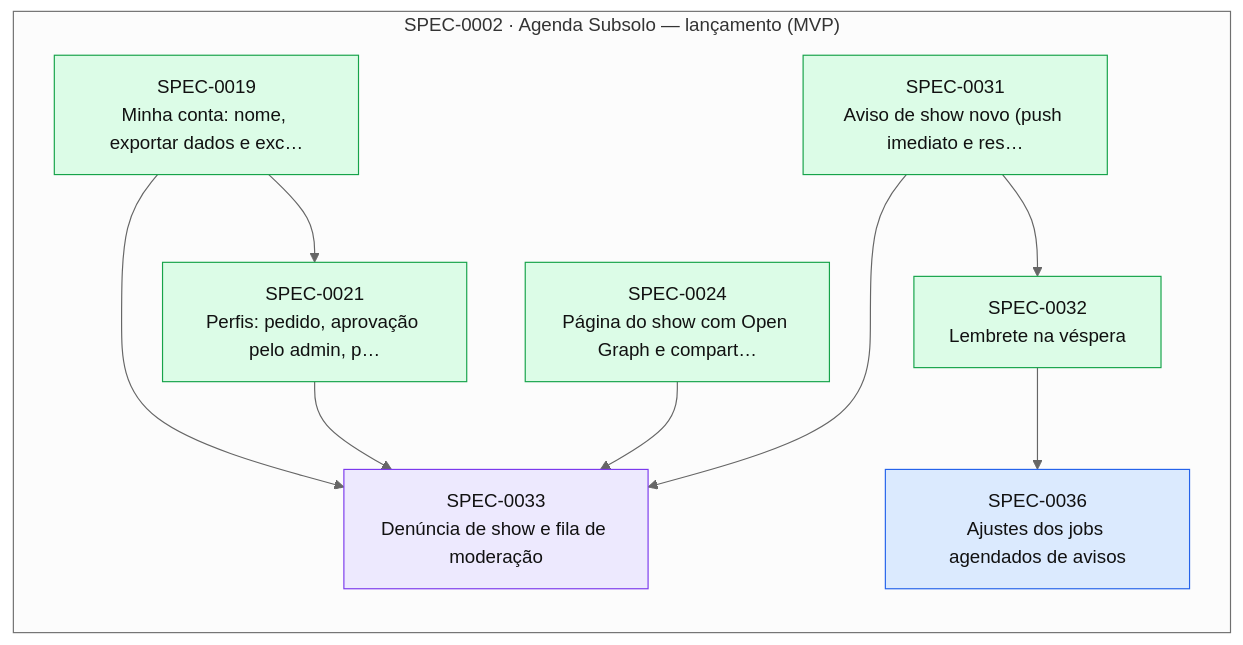
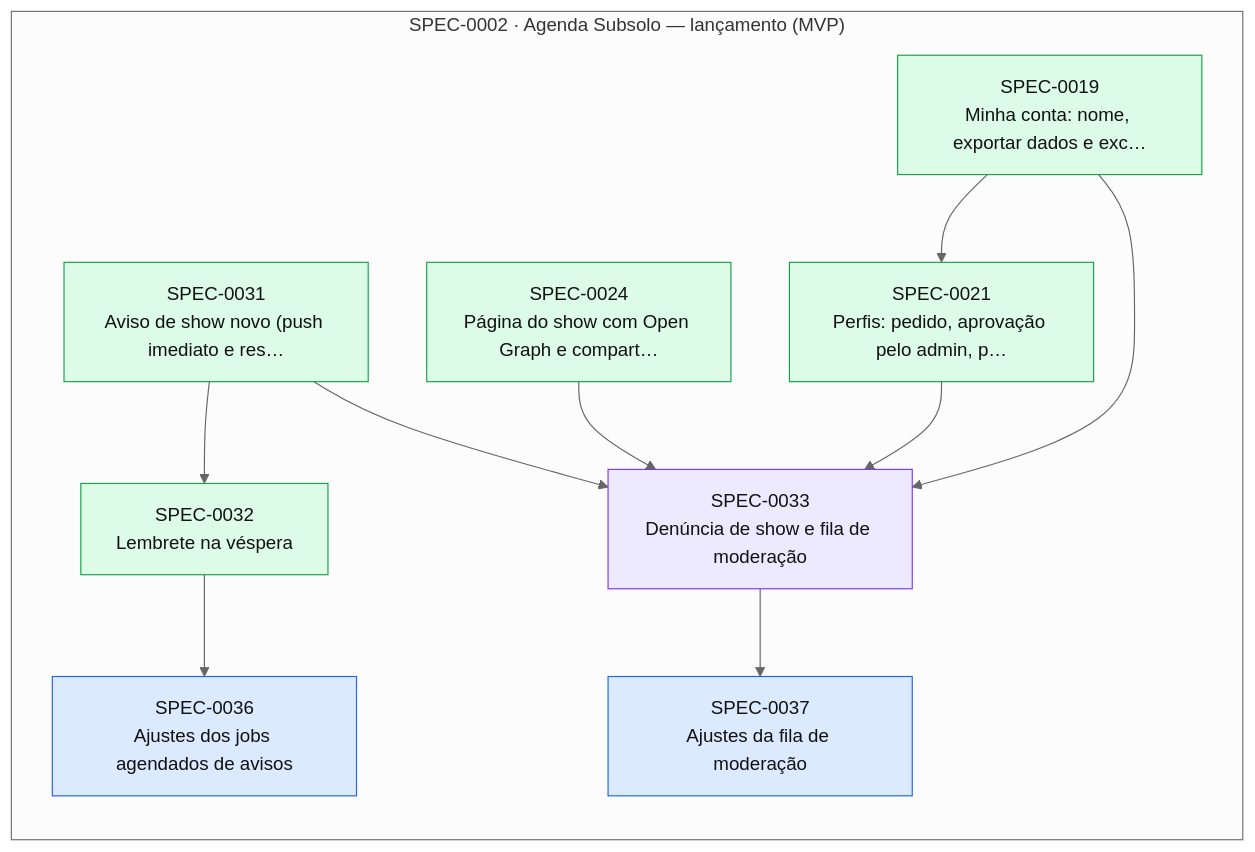
Before and after one commit to thomasravache/subsolo: the diagram in docs/specs/INDEX.md, drawn with Mermaid (neutral theme). The commit also changed other lines of this file and 2 other files, not shown here.

First line of the commit message:
docs(sdd): record G4 for SPEC-0033 and open SPEC-0037 for its minor items

````diff
--- a/docs/specs/INDEX.md
+++ b/docs/specs/INDEX.md
@@ -67,24 +68,26 @@
 ```mermaid
 flowchart LR
   subgraph E0002["SPEC-0002 · Agenda Subsolo — lançamento (MVP)"]
     S0019["SPEC-0019<br/>Minha conta: nome, exportar dados e exc…"]:::implemented
     S0021["SPEC-0021<br/>Perfis: pedido, aprovação pelo admin, p…"]:::implemented
     S0024["SPEC-0024<br/>Página do show com Open Graph e compart…"]:::implemented
     S0031["SPEC-0031<br/>Aviso de show novo (push imediato e res…"]:::implemented
     S0032["SPEC-0032<br/>Lembrete na véspera"]:::implemented
     S0033["SPEC-0033<br/>Denúncia de show e fila de moderação"]:::inprogress
     S0036["SPEC-0036<br/>Ajustes dos jobs agendados de avisos"]:::approved
+    S0037["SPEC-0037<br/>Ajustes da fila de moderação"]:::approved
   end
   S0019 --> S0021
   S0031 --> S0032
   S0019 --> S0033
   S0021 --> S0033
   S0024 --> S0033
   S0031 --> S0033
   S0032 --> S0036
+  S0033 --> S0037
   classDef proposed fill:#fef3c7,stroke:#d97706,color:#111
   classDef approved fill:#dbeafe,stroke:#2563eb,color:#111
   classDef inprogress fill:#ede9fe,stroke:#7c3aed,color:#111
   classDef implemented fill:#dcfce7,stroke:#16a34a,color:#111
   classDef deprecated fill:#f3f4f6,stroke:#9ca3af,color:#6b7280
 ```
````
